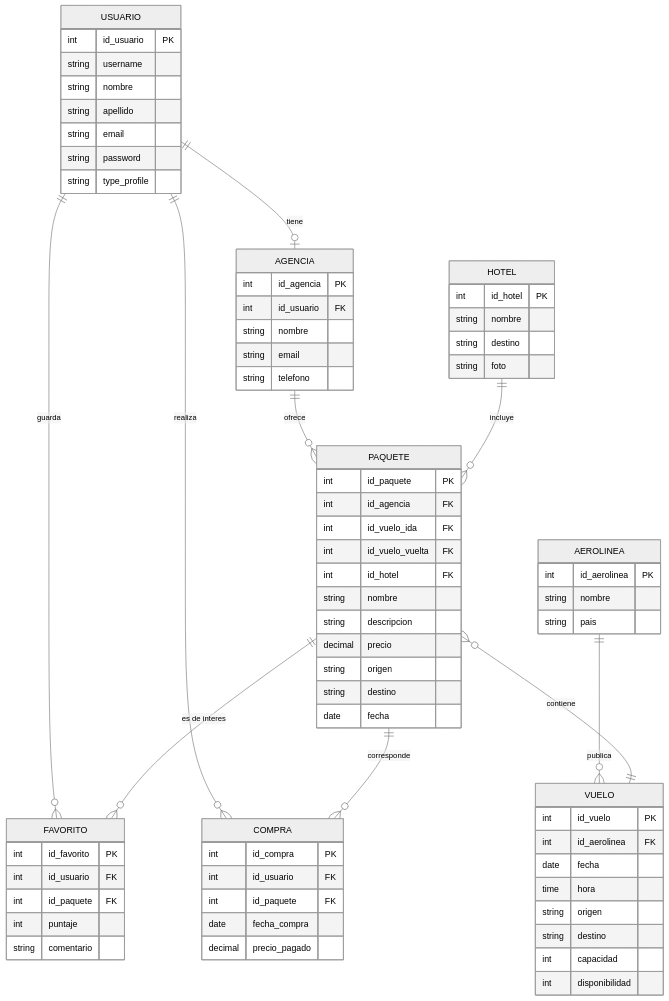
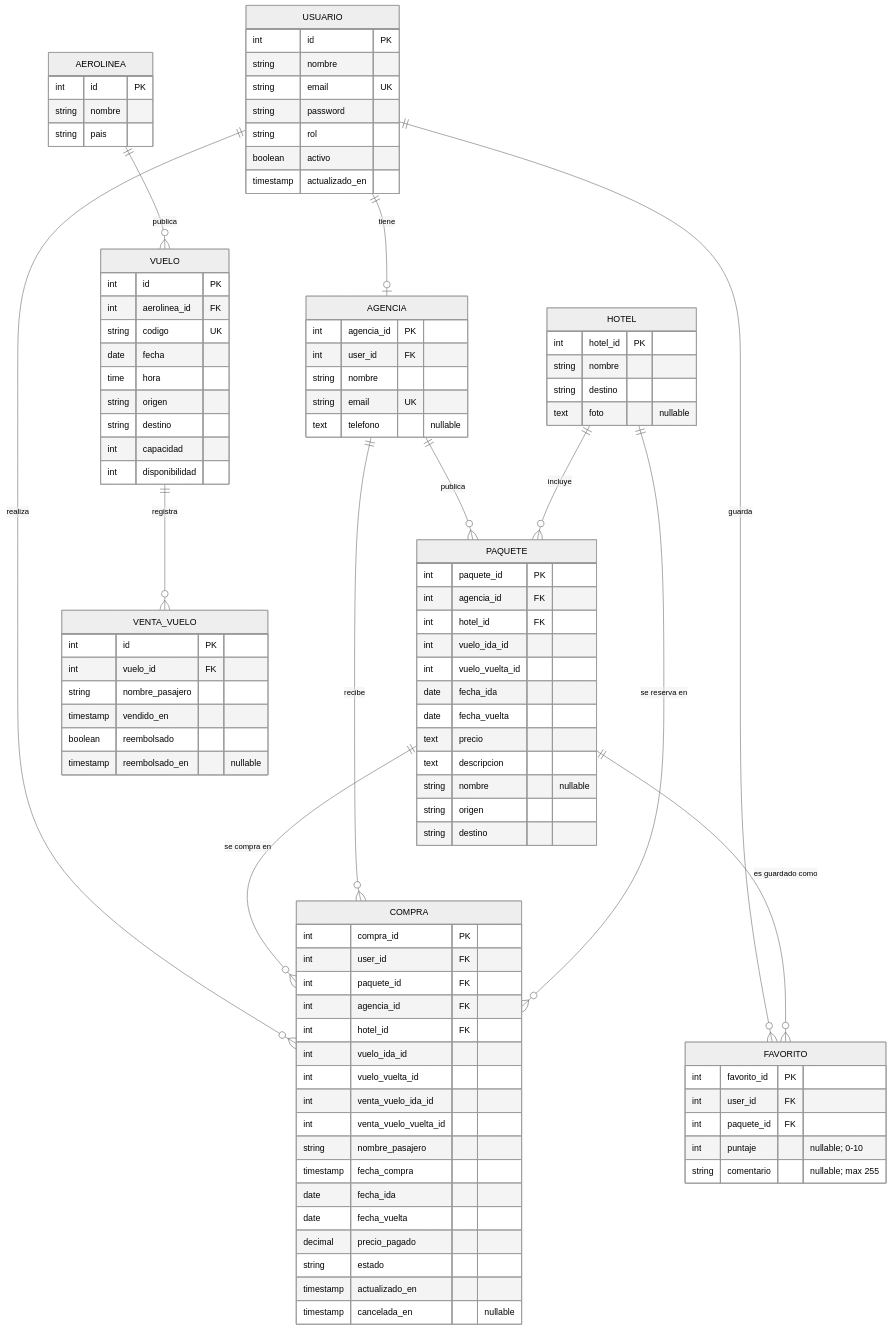
Before and after one commit to axlg98/2026c2-pdes-5-grupo: the diagram in README.md, drawn with Mermaid (neutral theme).

Commit message:
arreglado el MER

````diff
--- a/README.md
+++ b/README.md
@@ -7,84 +9,95 @@
 ```mermaid
 erDiagram
     USUARIO ||--o| AGENCIA : "tiene"
-    AGENCIA ||--o{ PAQUETE : "ofrece"
-
+    AGENCIA ||--o{ PAQUETE : "publica"
+    HOTEL ||--o{ PAQUETE : "incluye"
+    USUARIO ||--o{ COMPRA : "realiza"
+    PAQUETE ||--o{ COMPRA : "se compra en"
+    AGENCIA ||--o{ COMPRA : "recibe"
+    HOTEL ||--o{ COMPRA : "se reserva en"
     USUARIO ||--o{ FAVORITO : "guarda"
-    PAQUETE ||--o{ FAVORITO : "es de interes"
-
-    USUARIO ||--o{ COMPRA : "realiza"
-    PAQUETE ||--o{ COMPRA : "corresponde"
-
-    HOTEL ||--o{ PAQUETE : "incluye"
-
+    PAQUETE ||--o{ FAVORITO : "es guardado como"
     AEROLINEA ||--o{ VUELO : "publica"
-    PAQUETE }o--|| VUELO : "contiene"
-
+    VUELO ||--o{ VENTA_VUELO : "registra"
 
     USUARIO {
-        int id_usuario PK
-        string username
+        int id PK
         string nombre
-        string apellido
-        string email
+        string email UK
         string password
-        string type_profile
+        string rol
+        boolean activo
+        timestamp actualizado_en
     }
 
     AGENCIA {
-        int id_agencia PK
-        int id_usuario FK
+        int agencia_id PK
+        int user_id FK
         string nombre
-        string email
-        string telefono
+        string email UK
+        text telefono "nullable"
     }
 
     PAQUETE {
-        int id_paquete PK
-        int id_agencia FK
-        int id_vuelo_ida FK
-        int id_vuelo_vuelta FK
-        int id_hotel FK
-        string nombre
-        string descripcion
-        decimal precio
+        int paquete_id PK
+        int agencia_id FK
+        int hotel_id FK
+        int vuelo_ida_id
+        int vuelo_vuelta_id
+        date fecha_ida
+        date fecha_vuelta
+        text precio
+        text descripcion
+        string nombre "nullable"
         string origen
         string destino
-        date fecha
     }
 
     HOTEL {
-        int id_hotel PK
+        int hotel_id PK
         string nombre
         string destino
-        string foto
+        text foto "nullable"
     }
 
     FAVORITO {
-        int id_favorito PK
-        int id_usuario FK
-        int id_paquete FK
-        int puntaje
-        string comentario
+        int favorito_id PK
+        int user_id FK
+        int paquete_id FK
+        int puntaje "nullable; 0-10"
+        string comentario "nullable; max 255"
     }
 
     COMPRA {
-        int id_compra PK
-        int id_usuario FK
-        int id_paquete FK
-        date fecha_compra
+        int compra_id PK
+        int user_id FK
+        int paquete_id FK
+        int agencia_id FK
+        int hotel_id FK
+        int vuelo_ida_id
+        int vuelo_vuelta_id
+        int venta_vuelo_ida_id
+        int venta_vuelo_vuelta_id
+        string nombre_pasajero
+        timestamp fecha_compra
+        date fecha_ida
+        date fecha_vuelta
         decimal precio_pagado
+        string estado
+        timestamp actualizado_en
+        timestamp cancelada_en "nullable"
     }
 
     AEROLINEA {
-        int id_aerolinea PK
+        int id PK
         string nombre
         string pais
     }
 
     VUELO {
-        int id_vuelo PK
-        int id_aerolinea FK
+        int id PK
+        int aerolinea_id FK
+        string codigo UK
         date fecha
         time hora
         string origen
@@ -92,4 +105,13 @@
         int capacidad
         int disponibilidad
     }
+
+    VENTA_VUELO {
+        int id PK
+        int vuelo_id FK
+        string nombre_pasajero
+        timestamp vendido_en
+        boolean reembolsado
+        timestamp reembolsado_en "nullable"
+    }
 ```
````
